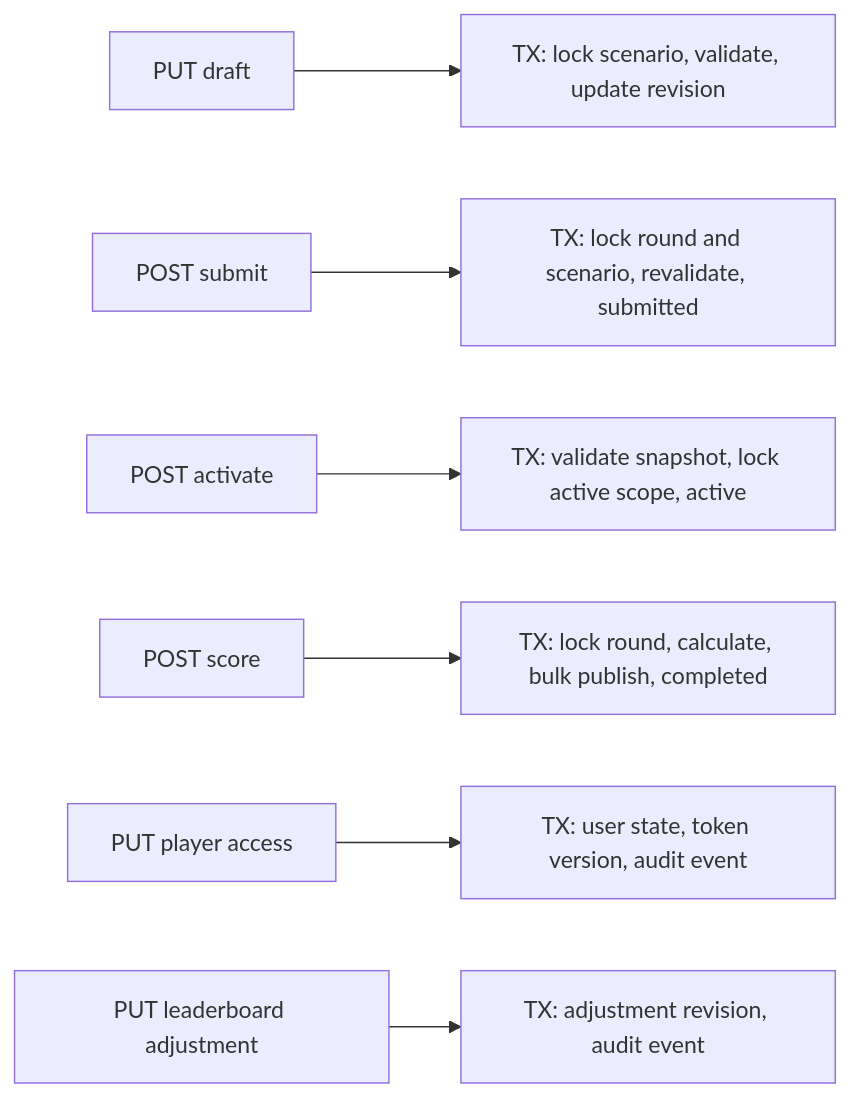
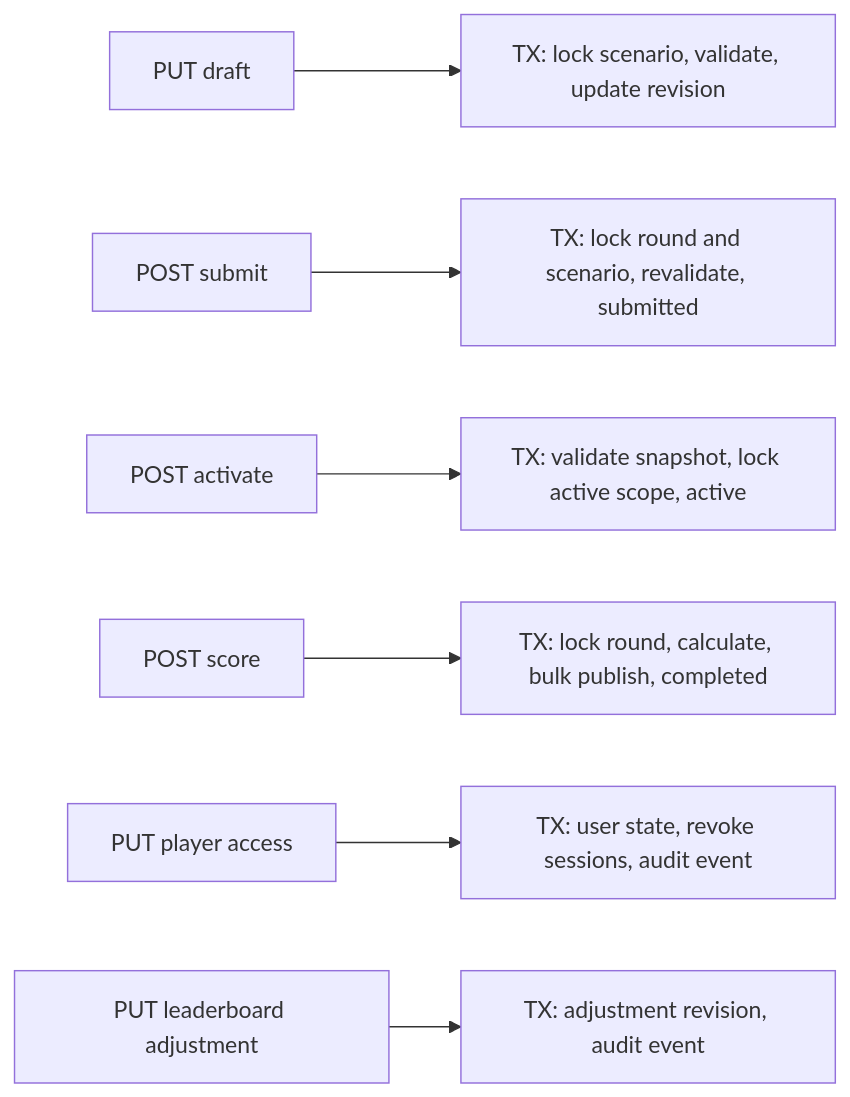
One commit to BigZet/AMLautosim changed the eighth of 9 diagrams in docs/architecture.md. Above: the diagram before and after it, drawn with Mermaid. The commit also changed other lines of this file and 179 other files, not shown here.

````diff
--- a/docs/architecture.md
+++ b/docs/architecture.md
@@ -295,9 +295,9 @@
 ```mermaid
 flowchart LR
     put["PUT draft"] --> tx1["TX: lock scenario, validate, update revision"]
     submit["POST submit"] --> tx2["TX: lock round and scenario, revalidate, submitted"]
     activate["POST activate"] --> tx3["TX: validate snapshot, lock active scope, active"]
     score["POST score"] --> tx4["TX: lock round, calculate, bulk publish, completed"]
-    block["PUT player access"] --> tx5["TX: user state, token version, audit event"]
+    block["PUT player access"] --> tx5["TX: user state, revoke sessions, audit event"]
     adjust["PUT leaderboard adjustment"] --> tx6["TX: adjustment revision, audit event"]
 ```
````
